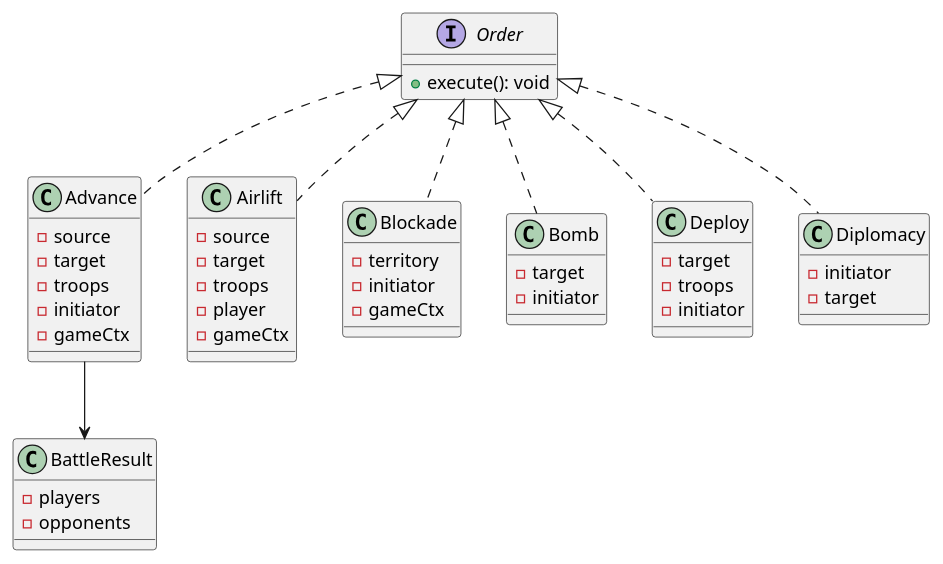
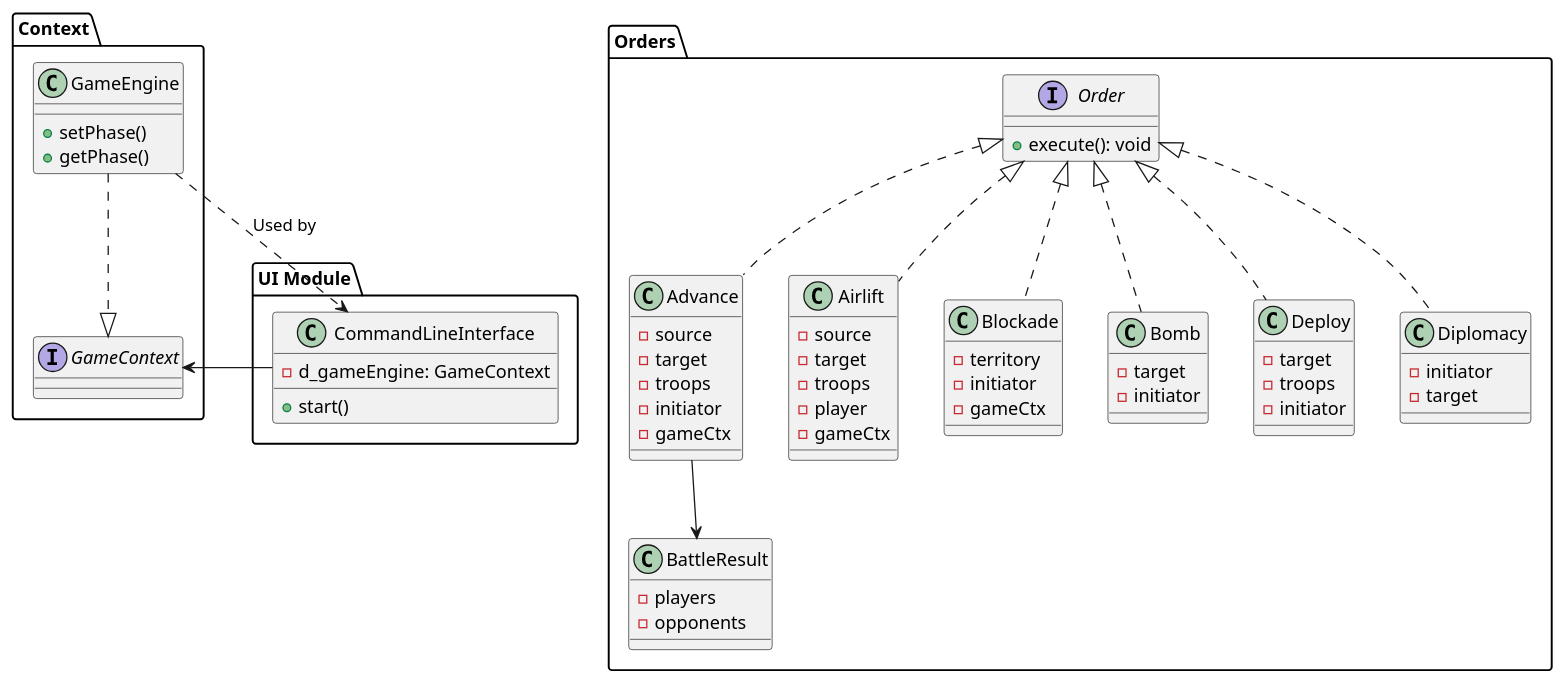
Before and after one commit to smarkandu/soen6441-project: the diagram in plantuml/commands_architectural_diagram.puml, drawn with PlantUML. The commit also changed other lines of this file, not shown here.

Commit message:
New Diagram

```diff
--- a/plantuml/commands_architectural_diagram.puml
+++ b/plantuml/commands_architectural_diagram.puml
@@ -1,59 +1,80 @@
 @startuml
 
-interface Order {
-    +execute(): void
+package "UI Module" {
+    class CommandLineInterface {
+        - d_gameEngine: GameContext
+        + start()
+    }
 }
 
-class Advance {
-    -source
-    -target
-    -troops
-    -initiator
-    -gameCtx
+package "Context" {
+    interface GameContext
+    class GameEngine {
+        +setPhase()
+        +getPhase()
+    }
+    GameEngine ..|> GameContext
 }
 
-class Airlift {
-    -source
-    -target
-    -troops
-    -player
-    -gameCtx
+package "Orders" {
+    interface Order {
+        +execute(): void
+    }
+
+    class Advance {
+        -source
+        -target
+        -troops
+        -initiator
+        -gameCtx
+    }
+
+    class Airlift {
+        -source
+        -target
+        -troops
+        -player
+        -gameCtx
+    }
+
+    class Blockade {
+        -territory
+        -initiator
+        -gameCtx
+    }
+
+    class Bomb {
+        -target
+        -initiator
+    }
+
+    class Deploy {
+        -target
+        -troops
+        -initiator
+    }
+
+    class Diplomacy {
+        -initiator
+        -target
+    }
+
+    class BattleResult {
+        -players
+        -opponents
+    }
+
+    Order <|.. Advance
+    Order <|.. Airlift
+    Order <|.. Blockade
+    Order <|.. Bomb
+    Order <|.. Deploy
+    Order <|.. Diplomacy
+
+    Advance --> BattleResult
 }
 
-class Blockade {
-    -territory
-    -initiator
-    -gameCtx
-}
-
-class Bomb {
-    -target
-    -initiator
-}
-
-class Deploy {
-    -target
-    -troops
-    -initiator
-}
-
-class Diplomacy {
-    -initiator
-    -target
-}
-
-class BattleResult {
-    -players
-    -opponents
-}
-
-Order <|.. Advance
-Order <|.. Airlift
-Order <|.. Blockade
-Order <|.. Bomb
-Order <|.. Deploy
-Order <|.. Diplomacy
-
-Advance --> BattleResult
+CommandLineInterface --> GameContext
+GameEngine ..> CommandLineInterface : Used by
 
 @enduml
```
